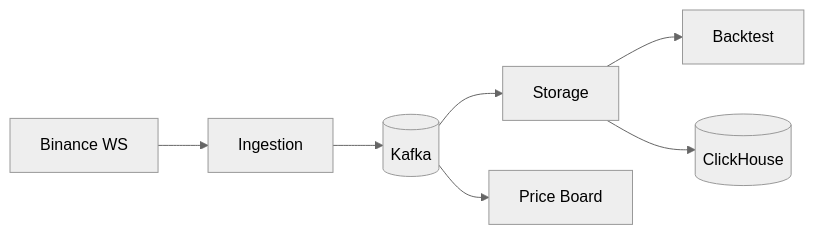
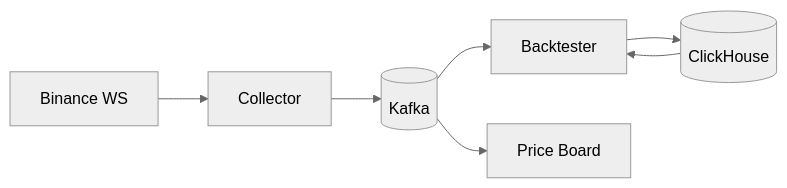
Before and after one commit to tuanta7/nofomo: the diagram in cmd/backtester/README.md, drawn with Mermaid (neutral theme). The commit also changed 17 other files, not shown here.

Commit message:
feat: add binance collector

````diff
--- a/cmd/backtester/README.md
+++ b/cmd/backtester/README.md
@@ -5,9 +5,9 @@
 ```mermaid
 flowchart LR
-    B[Binance WS] --> I[Ingestion]
+    B[Binance WS] --> I[Collector]
     I --> K[(Kafka)]
-    K --> S[Storage]
+    K --> T[Backtester]
     K --> P[Price Board]
-    S --> T[Backtest]
-    S --> C[(ClickHouse)]
+    T --> C[(ClickHouse)]
+    C --> T
 ```
````
